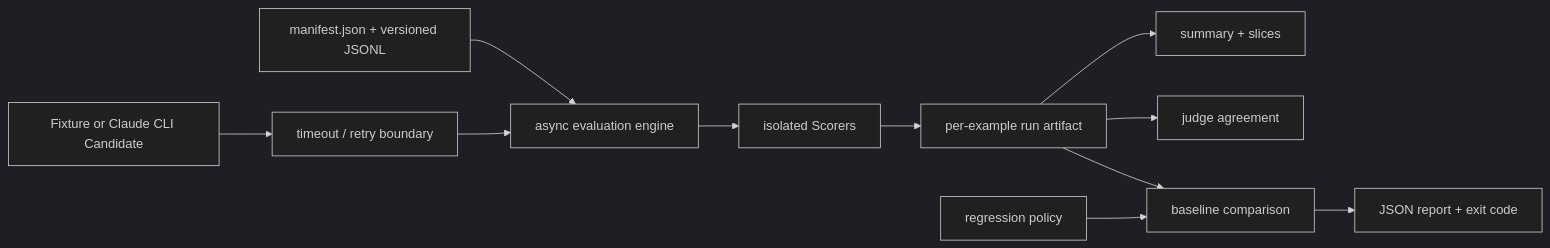
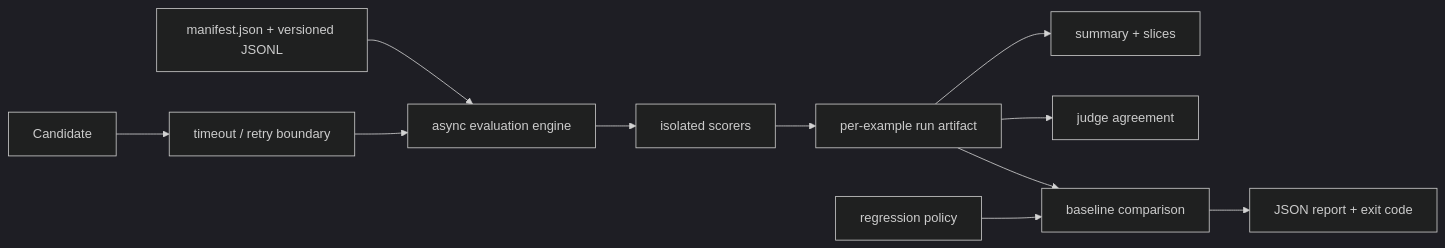
Before and after one commit to alwin-jacob/llm-eval-reliability: the diagram in README.md, drawn with Mermaid (dark theme). The commit also changed other lines of this file, not shown here.

````diff
--- a/README.md
+++ b/README.md
@@ -121,13 +61,13 @@
 ```mermaid
 flowchart LR
     D["manifest.json + versioned JSONL"] --> E["async evaluation engine"]
-    C["Fixture or Claude CLI Candidate"] --> R["timeout / retry boundary"]
+    C["Candidate"] --> R["timeout / retry boundary"]
     R --> E
-    E --> S["isolated Scorers"]
+    E --> S["isolated scorers"]
     S --> A["per-example run artifact"]
     A --> N["summary + slices"]
     A --> J["judge agreement"]
     A --> G["baseline comparison"]
     P["regression policy"] --> G
     G --> X["JSON report + exit code"]
 ```
````
